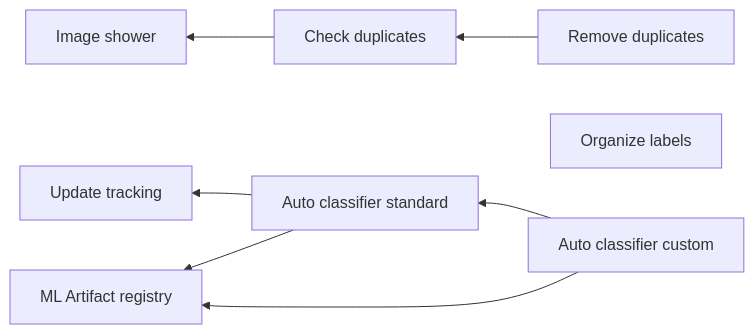
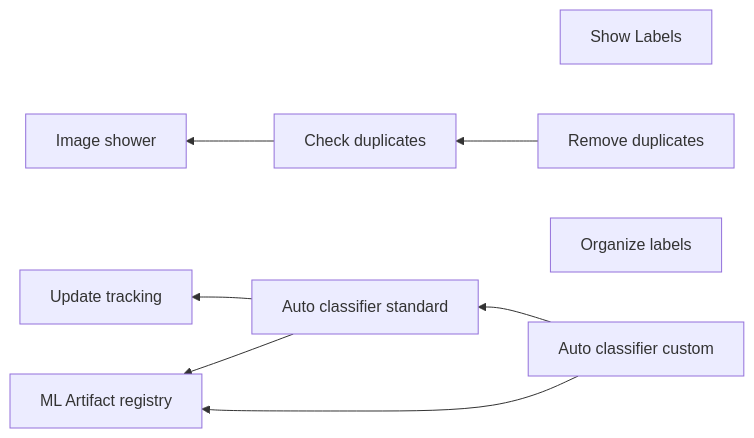
Before and after one commit to AlexMilanor/imgFolder_tools: the diagram in doc/roadmap.md, drawn with Mermaid. The commit also changed other lines of this file, not shown here.

First line of the commit message:
docs: Add new feature to the roadmap

````diff
--- a/doc/roadmap.md
+++ b/doc/roadmap.md
@@ -41,12 +42,13 @@
 ```mermaid
 graph RL;
     Up[Update tracking];
     Cd[Check duplicates];
+    Sh[Show Labels];
     Cd --> Is[Image shower];
     Rd[Remove duplicates] --> Cd;
     Ol[Organize labels];
     AutoS[Auto classifier standard] --> Up;
     AutoC[Auto classifier custom] --> AutoS;
     AutoS --> Reg[ML Artifact registry];
     AutoC --> Reg;
 ```
````
